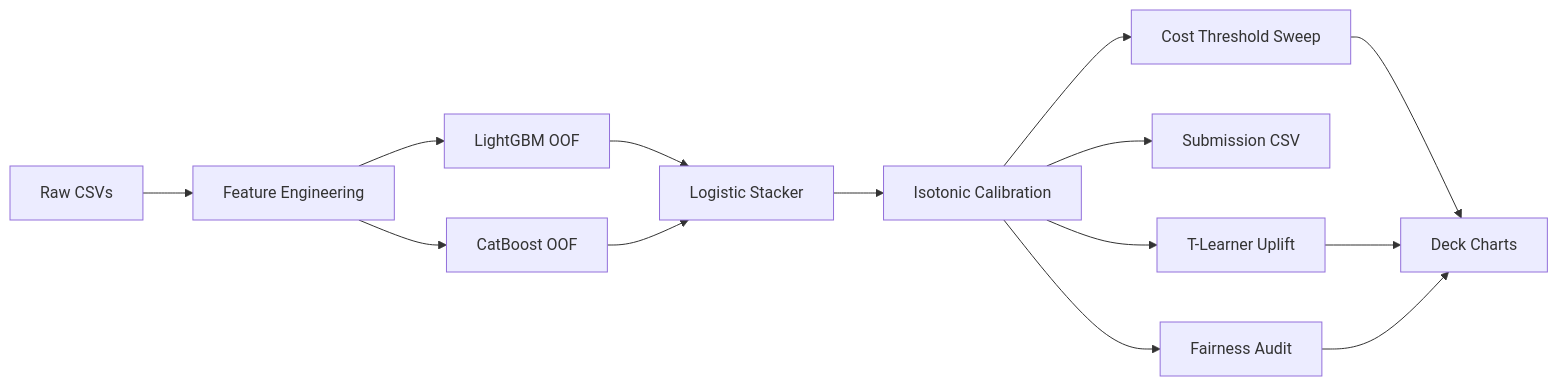
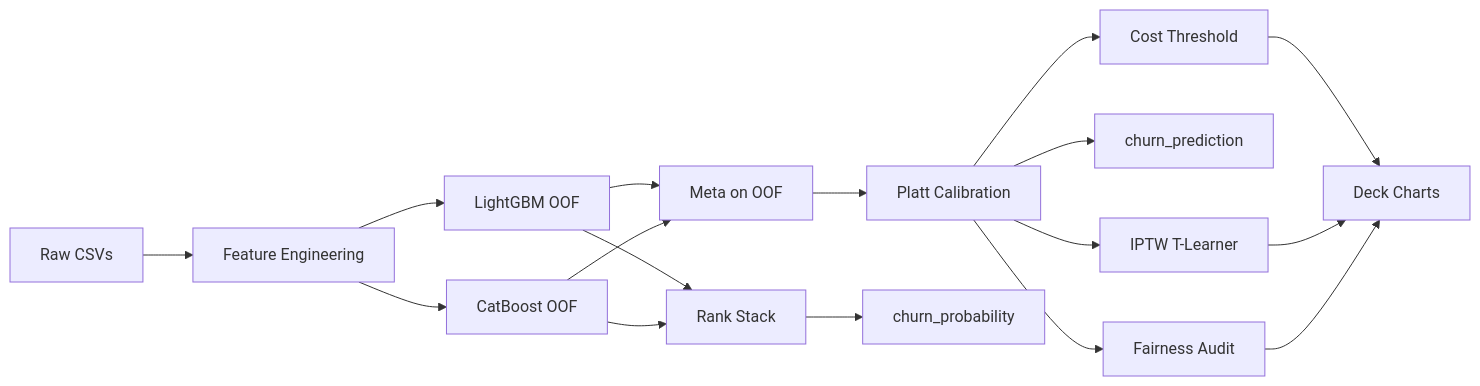
One commit to Stormynubee/retainiq-churnzero-26 changed the diagram in README.md. Above: the diagram before and after it, drawn with Mermaid. The commit also changed other lines of this file and 27 other files, not shown here.

First line of the commit message:
Finalist push: OOF meta, dual-track submission, IPTW uplift (v0.3.0)

````diff
--- a/README.md
+++ b/README.md
@@ -66,16 +70,19 @@
 ```mermaid
 flowchart LR
   A[Raw CSVs] --> B[Feature Engineering]
   B --> C[LightGBM OOF]
   B --> D[CatBoost OOF]
-  C --> E[Logistic Stacker]
+  C --> E[Meta on OOF]
   D --> E
-  E --> F[Isotonic Calibration]
-  F --> G[Cost Threshold Sweep]
-  F --> H[Submission CSV]
-  F --> I[T-Learner Uplift]
-  F --> J[Fairness Audit]
-  G --> K[Deck Charts]
-  I --> K
-  J --> K
+  E --> F[Platt Calibration]
+  F --> G[Cost Threshold]
+  C --> R[Rank Stack]
+  D --> R
+  R --> H[churn_probability]
+  F --> I[churn_prediction]
+  F --> J[IPTW T-Learner]
+  F --> K[Fairness Audit]
+  G --> L[Deck Charts]
+  J --> L
+  K --> L
 ```
````
